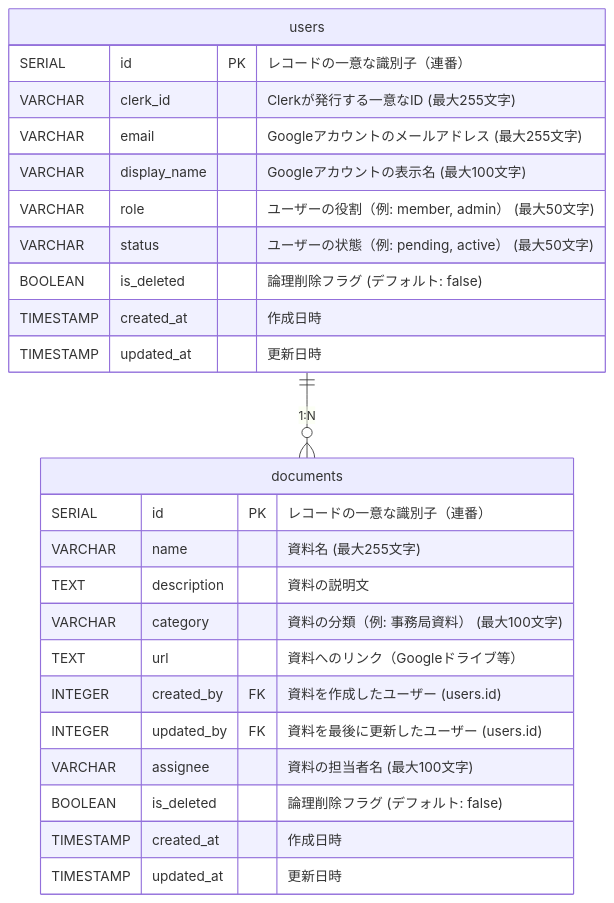
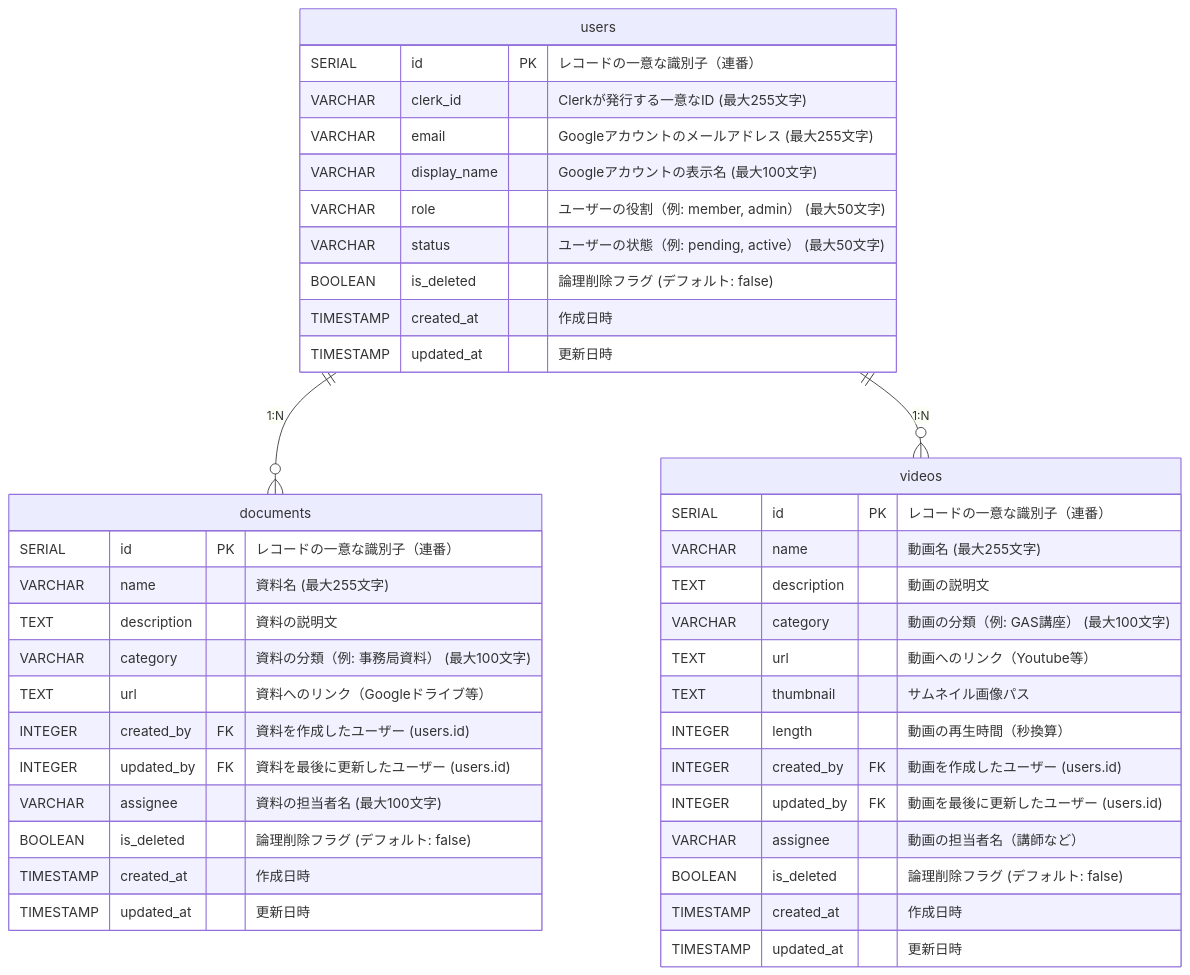
Before and after one commit to Singuralitylabs/portal-site: the diagram in docs/database.md, drawn with Mermaid. The commit also changed other lines of this file, not shown here.

````diff
--- a/docs/database.md
+++ b/docs/database.md
@@ -54,30 +76,47 @@
 ```mermaid
 erDiagram
     users {
         SERIAL id PK "レコードの一意な識別子（連番）"
         VARCHAR clerk_id "Clerkが発行する一意なID (最大255文字)"
         VARCHAR email "Googleアカウントのメールアドレス (最大255文字)"
         VARCHAR display_name "Googleアカウントの表示名 (最大100文字)"
         VARCHAR role "ユーザーの役割（例: member, admin） (最大50文字)"
         VARCHAR status "ユーザーの状態（例: pending, active） (最大50文字)"
         BOOLEAN is_deleted "論理削除フラグ (デフォルト: false)"
         TIMESTAMP created_at "作成日時"
         TIMESTAMP updated_at "更新日時"
     }
 
     documents {
         SERIAL id PK "レコードの一意な識別子（連番）"
         VARCHAR name "資料名 (最大255文字)"
         TEXT description "資料の説明文"
         VARCHAR category "資料の分類（例: 事務局資料） (最大100文字)"
         TEXT url "資料へのリンク（Googleドライブ等）"
         INTEGER created_by FK "資料を作成したユーザー (users.id)"
         INTEGER updated_by FK "資料を最後に更新したユーザー (users.id)"
         VARCHAR assignee "資料の担当者名 (最大100文字)"
         BOOLEAN is_deleted "論理削除フラグ (デフォルト: false)"
         TIMESTAMP created_at "作成日時"
         TIMESTAMP updated_at "更新日時"
     }
 
+    videos {
+        SERIAL id PK "レコードの一意な識別子（連番）"
+        VARCHAR name "動画名 (最大255文字)"
+        TEXT description "動画の説明文"
+        VARCHAR category "動画の分類（例: GAS講座） (最大100文字)"
+        TEXT url "動画へのリンク（Youtube等）"
+        TEXT thumbnail "サムネイル画像パス"
+        INTEGER length "動画の再生時間（秒換算）"
+        INTEGER created_by FK "動画を作成したユーザー (users.id)"
+        INTEGER updated_by FK "動画を最後に更新したユーザー (users.id)"
+        VARCHAR assignee "動画の担当者名（講師など）"
+        BOOLEAN is_deleted "論理削除フラグ (デフォルト: false)"
+        TIMESTAMP created_at "作成日時"
+        TIMESTAMP updated_at "更新日時"
+    }
+
     users ||--o{ documents : "1:N"
+    users ||--o{ videos : "1:N"
 ```
````
